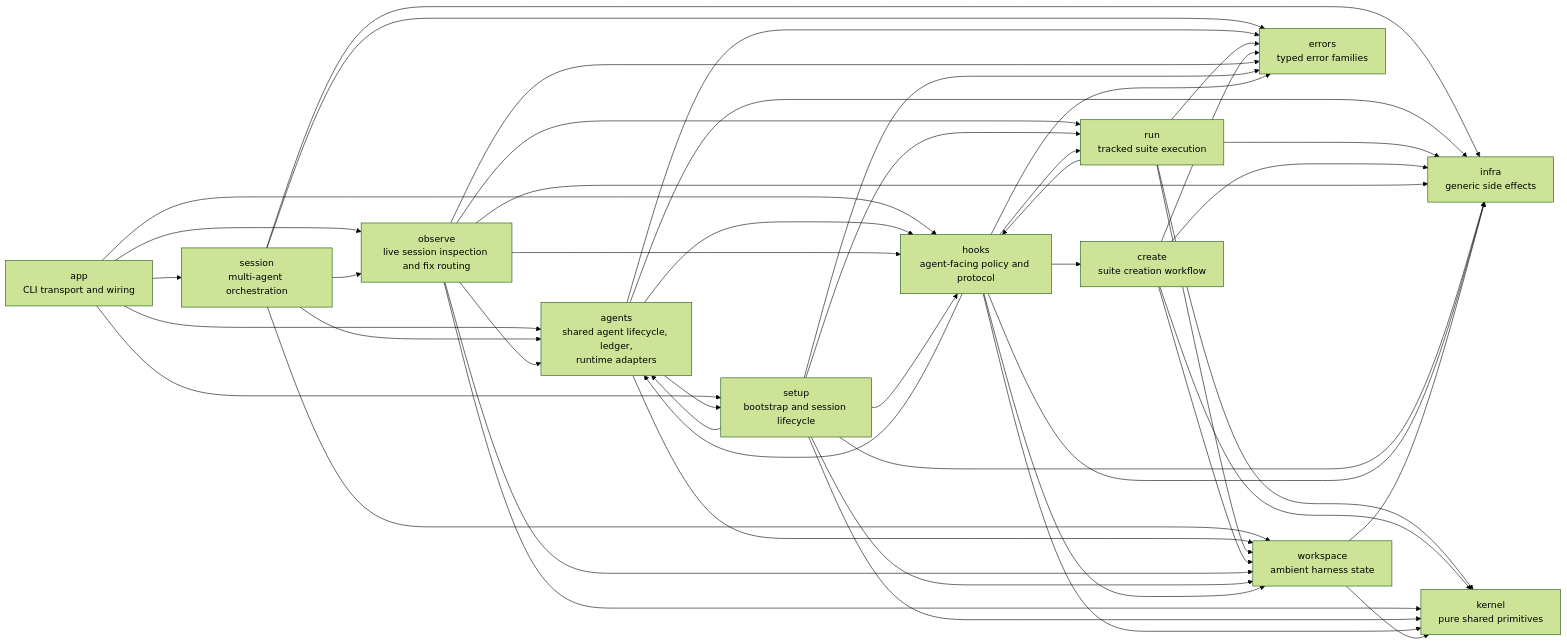
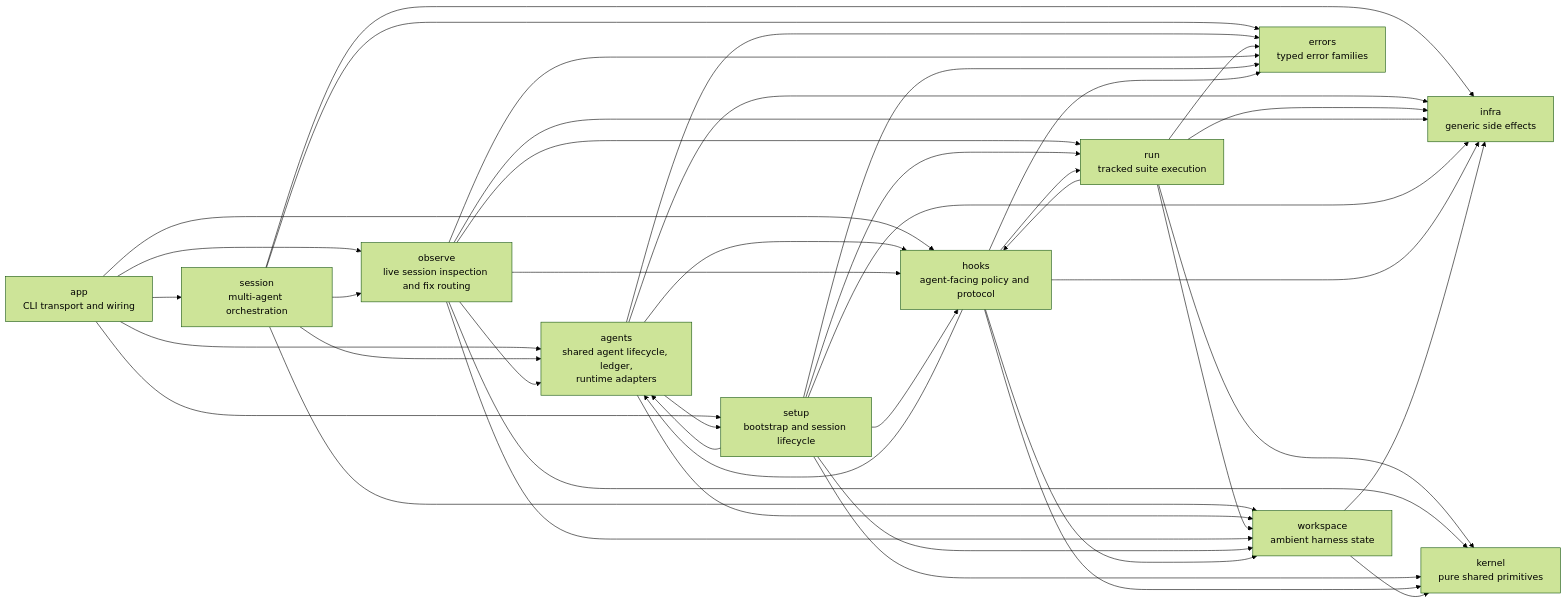
The first of 3 diagrams in ARCHITECTURE.md (smykla-skalski/harness), drawn with Mermaid (forest theme) before and after one commit. The commit also changed other lines of this file and 32 other files, not shown here.

First line of the commit message:
refactor(hooks): drop create tree and dead types (#771)

````diff
--- a/ARCHITECTURE.md
+++ b/ARCHITECTURE.md
@@ -9,73 +9,66 @@
 ```mermaid
 flowchart LR
     App["app\nCLI transport and wiring"]
 
     Agents["agents\nshared agent lifecycle, ledger,\nruntime adapters"]
     Session["session\nmulti-agent orchestration"]
     Run["run\ntracked suite execution"]
-    Create["create\nsuite creation workflow"]
     Observe["observe\nlive session inspection and fix routing"]
     Setup["setup\nbootstrap and session lifecycle"]
     Hooks["hooks\nagent-facing policy and protocol"]
 
     Kernel["kernel\npure shared primitives"]
     Workspace["workspace\nambient harness state"]
     Infra["infra\ngeneric side effects"]
     Errors["errors\ntyped error families"]
 
     App --> Agents
     App --> Session
     App --> Observe
     App --> Setup
     App --> Hooks
 
     Session --> Agents
     Session --> Observe
     Session --> Workspace
     Session --> Infra
     Session --> Errors
 
     Agents --> Hooks
     Agents --> Setup
     Agents --> Workspace
     Agents --> Infra
     Agents --> Errors
 
     Run --> Hooks
     Run --> Kernel
     Run --> Workspace
     Run --> Infra
     Run --> Errors
 
-    Create --> Kernel
-    Create --> Workspace
-    Create --> Infra
-    Create --> Errors
-
     Observe --> Hooks
     Observe --> Agents
     Observe --> Run
     Observe --> Kernel
     Observe --> Workspace
     Observe --> Infra
     Observe --> Errors
 
     Setup --> Hooks
     Setup --> Agents
     Setup --> Run
     Setup --> Kernel
     Setup --> Workspace
     Setup --> Infra
     Setup --> Errors
 
     Hooks --> Run
-    Hooks --> Create
     Hooks --> Agents
     Hooks --> Kernel
     Hooks --> Workspace
     Hooks --> Infra
     Hooks --> Errors
 
     Workspace --> Kernel
     Workspace --> Infra
 ```
````
